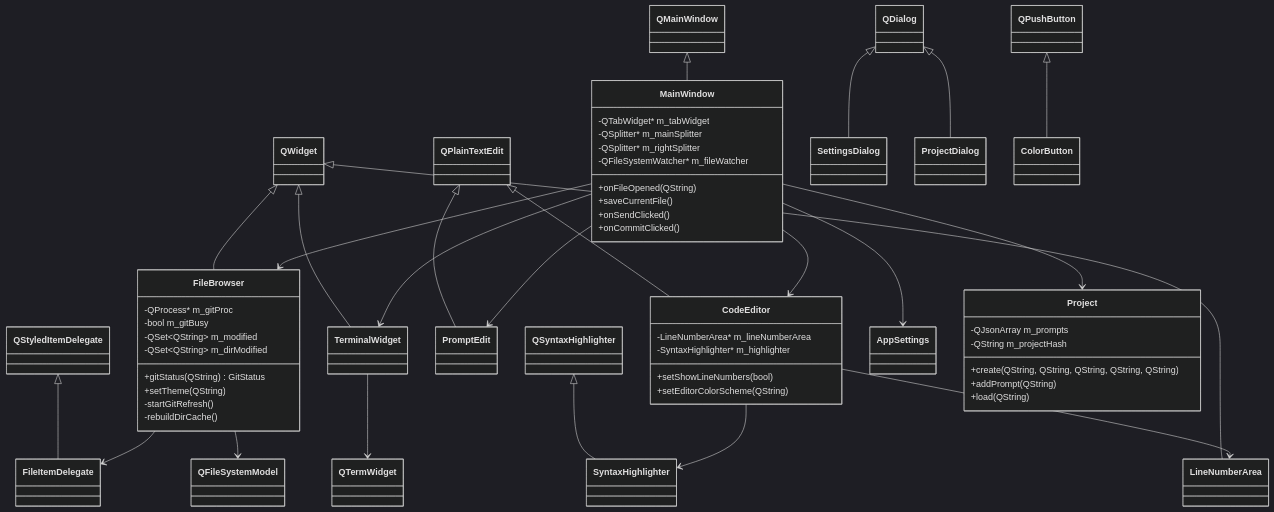
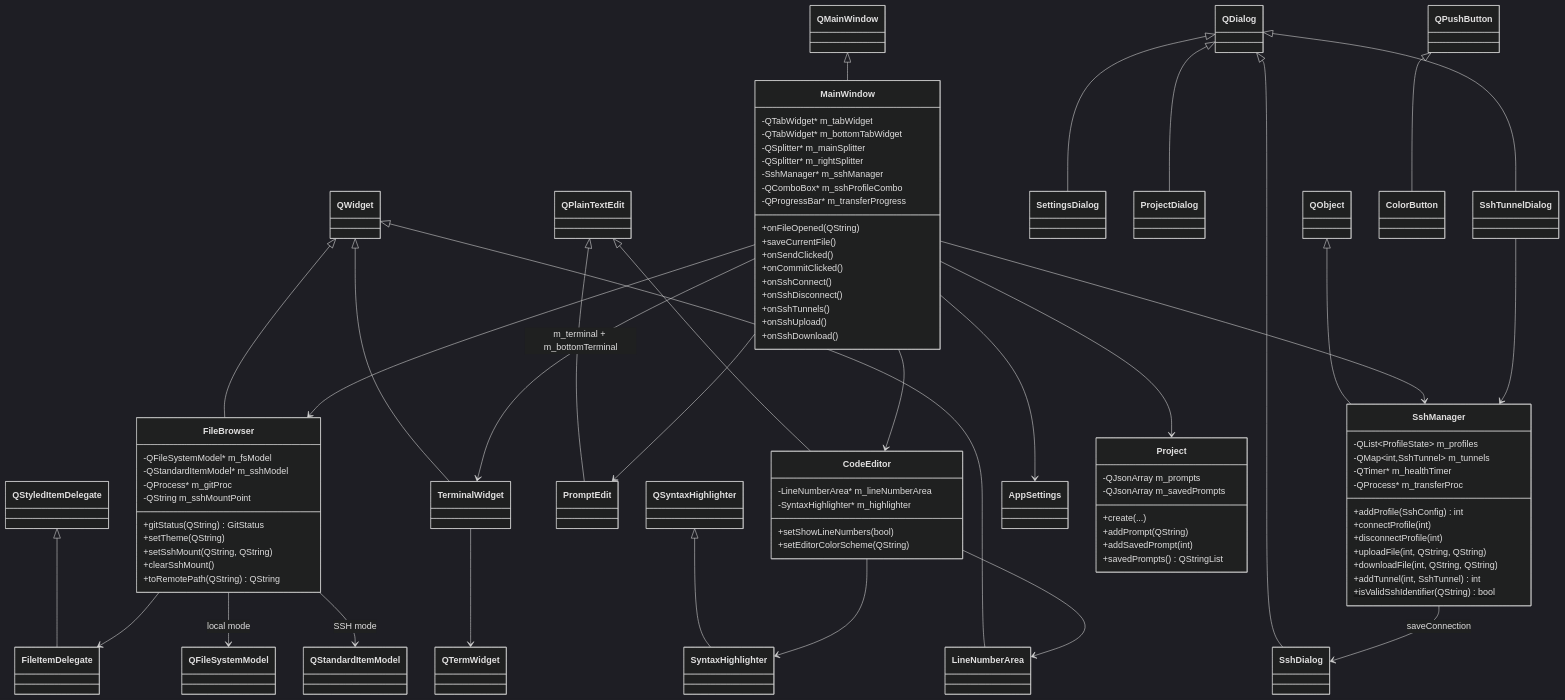
One commit to dkrse/vibe-coder changed the second of 13 diagrams in docs/diagrams.md. Above: the diagram before and after it, drawn with Mermaid (dark theme). The commit also changed other lines of this file and 20 other files, not shown here.

````diff
--- a/docs/diagrams.md
+++ b/docs/diagrams.md
@@ -44,41 +44,71 @@
     QWidget <|-- LineNumberArea
     QDialog <|-- SettingsDialog
     QDialog <|-- ProjectDialog
+    QDialog <|-- SshDialog
+    QDialog <|-- SshTunnelDialog
+    QObject <|-- SshManager
     QPushButton <|-- ColorButton
 
     MainWindow --> FileBrowser
-    MainWindow --> TerminalWidget
+    MainWindow --> TerminalWidget : m_terminal + m_bottomTerminal
     MainWindow --> CodeEditor
     MainWindow --> PromptEdit
     MainWindow --> AppSettings
     MainWindow --> Project
+    MainWindow --> SshManager
 
     FileBrowser --> FileItemDelegate
-    FileBrowser --> QFileSystemModel
+    FileBrowser --> QFileSystemModel : local mode
+    FileBrowser --> QStandardItemModel : SSH mode
     CodeEditor --> SyntaxHighlighter
     CodeEditor --> LineNumberArea
     TerminalWidget --> QTermWidget
+    SshManager --> SshDialog : saveConnection
+    SshTunnelDialog --> SshManager
 
     class MainWindow {
         -QTabWidget* m_tabWidget
+        -QTabWidget* m_bottomTabWidget
         -QSplitter* m_mainSplitter
         -QSplitter* m_rightSplitter
-        -QFileSystemWatcher* m_fileWatcher
+        -SshManager* m_sshManager
+        -QComboBox* m_sshProfileCombo
+        -QProgressBar* m_transferProgress
         +onFileOpened(QString)
         +saveCurrentFile()
         +onSendClicked()
         +onCommitClicked()
+        +onSshConnect()
+        +onSshDisconnect()
+        +onSshTunnels()
+        +onSshUpload()
+        +onSshDownload()
     }
 
     class FileBrowser {
+        -QFileSystemModel* m_fsModel
+        -QStandardItemModel* m_sshModel
         -QProcess* m_gitProc
-        -bool m_gitBusy
-        -QSet~QString~ m_modified
-        -QSet~QString~ m_dirModified
+        -QString m_sshMountPoint
         +gitStatus(QString) GitStatus
         +setTheme(QString)
-        -startGitRefresh()
-        -rebuildDirCache()
+        +setSshMount(QString, QString)
+        +clearSshMount()
+        +toRemotePath(QString) QString
+    }
+
+    class SshManager {
+        -QList~ProfileState~ m_profiles
+        -QMap~int,SshTunnel~ m_tunnels
+        -QTimer* m_healthTimer
+        -QProcess* m_transferProc
+        +addProfile(SshConfig) int
+        +connectProfile(int)
+        +disconnectProfile(int)
+        +uploadFile(int, QString, QString)
+        +downloadFile(int, QString, QString)
+        +addTunnel(int, SshTunnel) int
+        +isValidSshIdentifier(QString)$ bool
     }
 
     class CodeEditor {
@@ -90,9 +120,10 @@
 
     class Project {
         -QJsonArray m_prompts
-        -QString m_projectHash
-        +create(QString, QString, QString, QString, QString)
+        -QJsonArray m_savedPrompts
+        +create(...)
         +addPrompt(QString)
-        +load(QString)
+        +addSavedPrompt(int)
+        +savedPrompts() QStringList
     }
 ```
````
